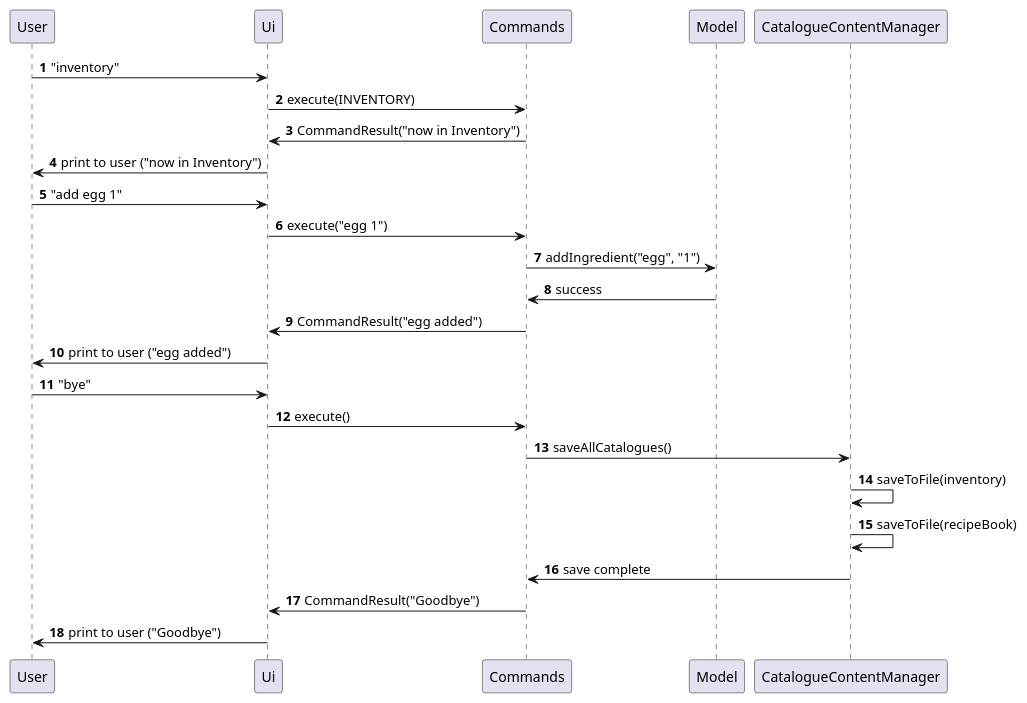
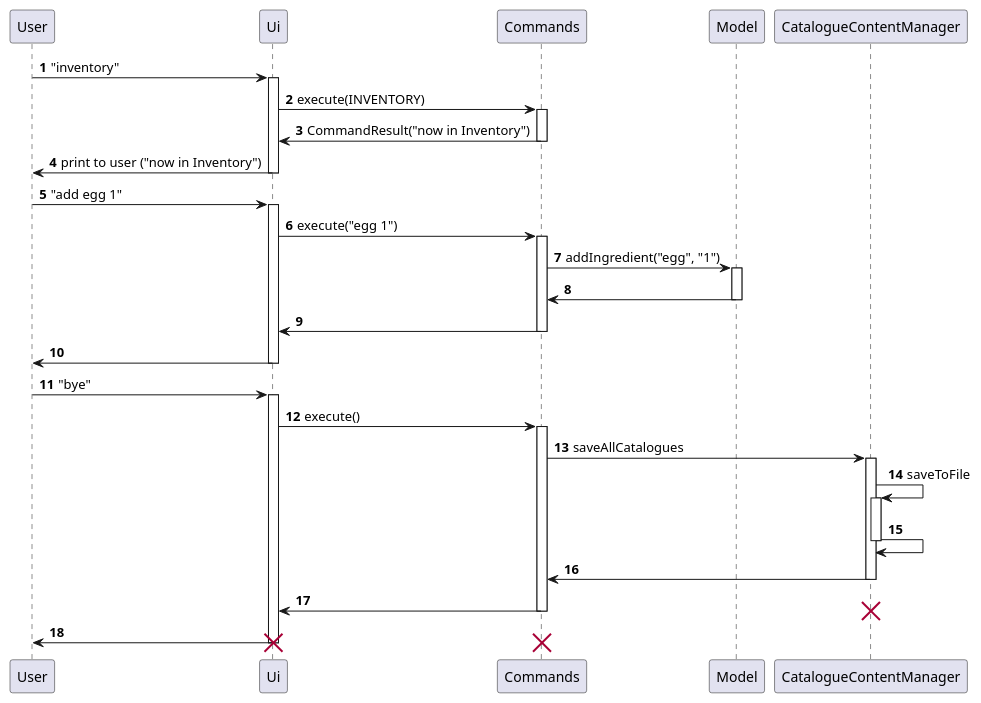
The diagram in docs/diagrams/sequencediagram(Add).puml (ChingWhee/tp), drawn with PlantUML before and after one commit.

Commit message:
Merge conflicts

```diff
--- a/docs/diagrams/sequencediagram(Add).puml
+++ b/docs/diagrams/sequencediagram(Add).puml
@@ -1,27 +1,53 @@
 @startuml
 'https://plantuml.com/sequence-diagram
 
 autonumber
 
 User -> Ui: "inventory"
+activate Ui
 Ui -> Commands: execute(INVENTORY)
+activate Commands
 Commands -> Ui: CommandResult("now in Inventory")
+deactivate Commands
 Ui -> User: print to user ("now in Inventory")
+deactivate Ui
 
 User -> Ui: "add egg 1"
+activate Ui
 Ui -> Commands: execute("egg 1")
+activate Commands
 Commands -> Model : addIngredient("egg", "1")
-Model -> Commands: success
-Commands -> Ui: CommandResult("egg added")
-Ui -> User: print to user ("egg added")
+activate Model
+Model -> Commands
+deactivate Model
+Commands -> Ui
+deactivate Commands
+Ui -> User
+deactivate Ui
 
 User -> Ui: "bye"
+activate Ui
 Ui -> Commands: execute()
-Commands -> CatalogueContentManager: saveAllCatalogues()
-CatalogueContentManager -> CatalogueContentManager: saveToFile(inventory)
-CatalogueContentManager -> CatalogueContentManager: saveToFile(recipeBook)
-CatalogueContentManager -> Commands: save complete
-Commands -> Ui: CommandResult("Goodbye")
-Ui -> User: print to user ("Goodbye")
+activate Commands
+Commands -> CatalogueContentManager: saveAllCatalogues
+activate CatalogueContentManager
+CatalogueContentManager -> CatalogueContentManager: saveToFile
+activate CatalogueContentManager
+CatalogueContentManager -> CatalogueContentManager
+deactivate CatalogueContentManager
+CatalogueContentManager -> Commands
+deactivate CatalogueContentManager
+
+Commands -> Ui
+
+destroy CatalogueContentManager
+deactivate Commands
+Ui -> User
+destroy Commands
+deactivate Ui
+
+destroy Ui
+
+
 
 @enduml
```
